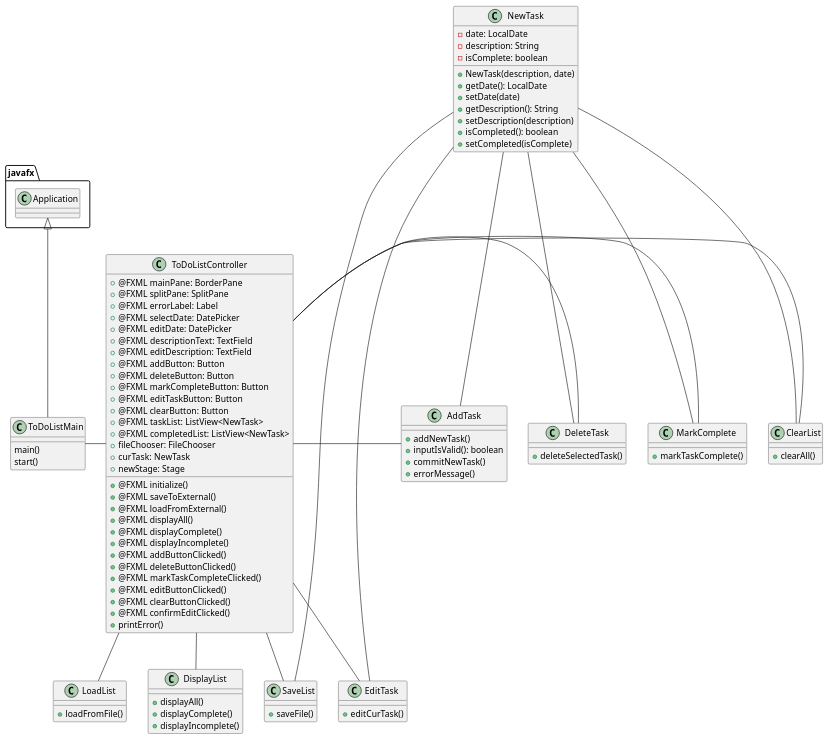
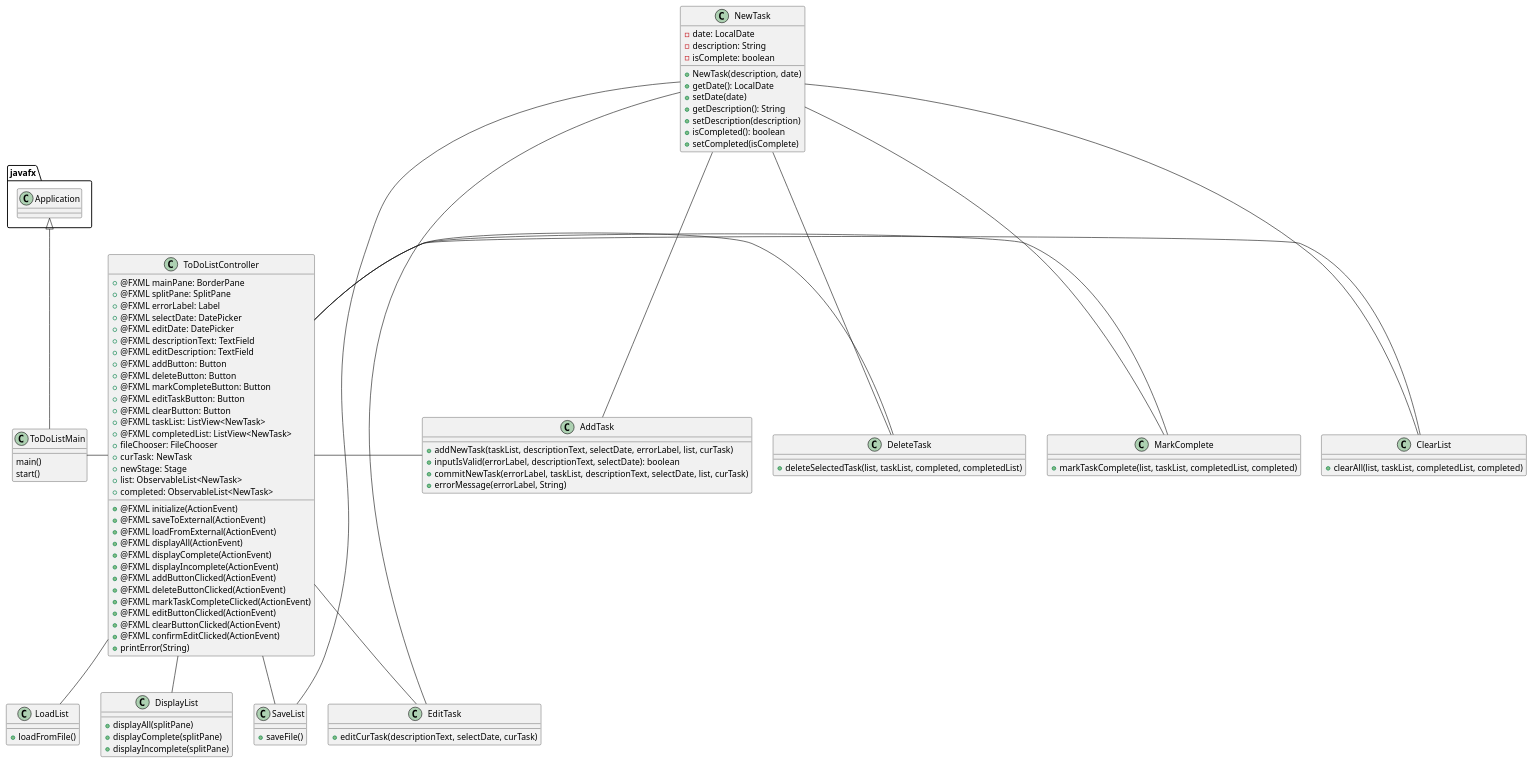
One commit to GabrielFernandez14/fernandez-cop3330-assignment4part2 changed the diagram in uml/ToDoListApp.puml. Above: the diagram before and after it, drawn with PlantUML. The commit also changed 13 other files, not shown here.

Commit message:
Rearranged and edited some PseudoCode, added "PseudoTests", only thing left is Save and Load methods

```diff
--- a/uml/ToDoListApp.puml
+++ b/uml/ToDoListApp.puml
@@ -1,112 +1,113 @@
 @startuml
 'https://plantuml.com/class-diagram
 
 class ToDoListMain {
     main()
     start()
 }
 
 class ToDoListController {
     + @FXML mainPane: BorderPane
     + @FXML splitPane: SplitPane
     + @FXML errorLabel: Label
     + @FXML selectDate: DatePicker
     + @FXML editDate: DatePicker
     + @FXML descriptionText: TextField
     + @FXML editDescription: TextField
     + @FXML addButton: Button
     + @FXML deleteButton: Button
     + @FXML markCompleteButton: Button
     + @FXML editTaskButton: Button
     + @FXML clearButton: Button
     + @FXML taskList: ListView<NewTask>
     + @FXML completedList: ListView<NewTask>
     + fileChooser: FileChooser
     + curTask: NewTask
     + newStage: Stage
+    + list: ObservableList<NewTask>
+    + completed: ObservableList<NewTask>
 
-    + @FXML initialize()
-    + @FXML saveToExternal()
-    + @FXML loadFromExternal()
-    + @FXML displayAll()
-    + @FXML displayComplete()
-    + @FXML displayIncomplete()
-    + @FXML addButtonClicked()
-    + @FXML deleteButtonClicked()
-    + @FXML markTaskCompleteClicked()
-    + @FXML editButtonClicked()
-    + @FXML clearButtonClicked()
-    + @FXML confirmEditClicked()
-    + printError()
+    + @FXML initialize(ActionEvent)
+    + @FXML saveToExternal(ActionEvent)
+    + @FXML loadFromExternal(ActionEvent)
+    + @FXML displayAll(ActionEvent)
+    + @FXML displayComplete(ActionEvent)
+    + @FXML displayIncomplete(ActionEvent)
+    + @FXML addButtonClicked(ActionEvent)
+    + @FXML deleteButtonClicked(ActionEvent)
+    + @FXML markTaskCompleteClicked(ActionEvent)
+    + @FXML editButtonClicked(ActionEvent)
+    + @FXML clearButtonClicked(ActionEvent)
+    + @FXML confirmEditClicked(ActionEvent)
+    + printError(String)
 }
 
 class NewTask {
     - date: LocalDate
     - description: String
     - isComplete: boolean
 
     + NewTask(description, date)
     + getDate(): LocalDate
     + setDate(date)
     + getDescription(): String
     + setDescription(description)
     + isCompleted(): boolean
     + setCompleted(isComplete)
 }
 
 class AddTask {
-    + addNewTask()
-    + inputIsValid(): boolean
-    + commitNewTask()
-    + errorMessage()
+    + addNewTask(taskList, descriptionText, selectDate, errorLabel, list, curTask)
+    + inputIsValid(errorLabel, descriptionText, selectDate): boolean
+    + commitNewTask(errorLabel, taskList, descriptionText, selectDate, list, curTask)
+    + errorMessage(errorLabel, String)
 }
 
 class DeleteTask {
-    + deleteSelectedTask()
+    + deleteSelectedTask(list, taskList, completed, completedList)
 }
 
 class MarkComplete {
-    + markTaskComplete()
+    + markTaskComplete(list, taskList, completedList, completed)
 }
 
 class DisplayList {
-    + displayAll()
-    + displayComplete()
-    + displayIncomplete()
+    + displayAll(splitPane)
+    + displayComplete(splitPane)
+    + displayIncomplete(splitPane)
 }
 
 class ClearList {
-    + clearAll()
+    + clearAll(list, taskList, completedList, completed)
 }
 
 class EditTask {
-    + editCurTask()
+    + editCurTask(descriptionText, selectDate, curTask)
 }
 
 class SaveList {
     + saveFile()
 }
 
 class LoadList {
     + loadFromFile()
 }
 
 javafx.Application <|-- ToDoListMain
 ToDoListMain - ToDoListController
-'Need to indicate that ToDoListController is able to open EditTaskWindow
 ToDoListController - AddTask
 ToDoListController - DeleteTask
 ToDoListController - MarkComplete
 ToDoListController -- EditTask
 ToDoListController - ClearList
 ToDoListController -- DisplayList
 ToDoListController -- SaveList
 ToDoListController -- LoadList
 NewTask --- AddTask
 NewTask --- DeleteTask
 NewTask --- MarkComplete
 NewTask - EditTask
 NewTask --- ClearList
 NewTask - SaveList
 
 @enduml
```
